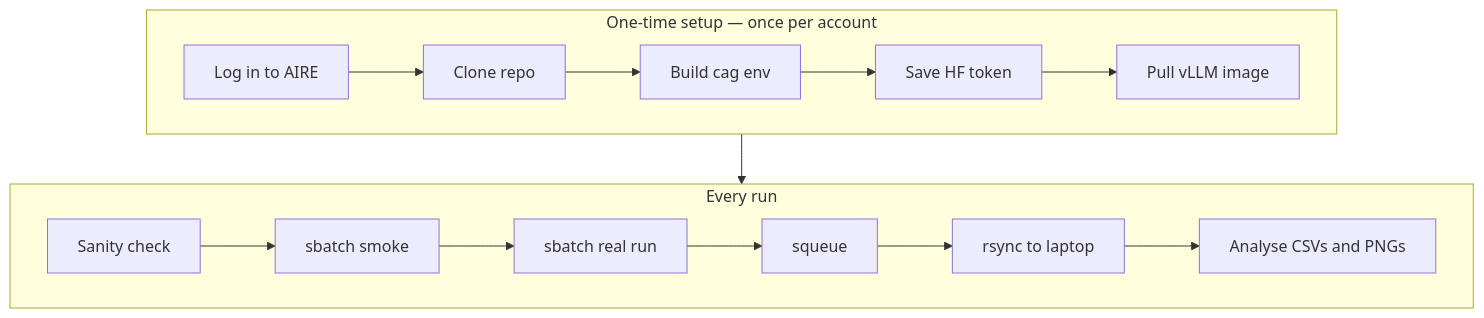
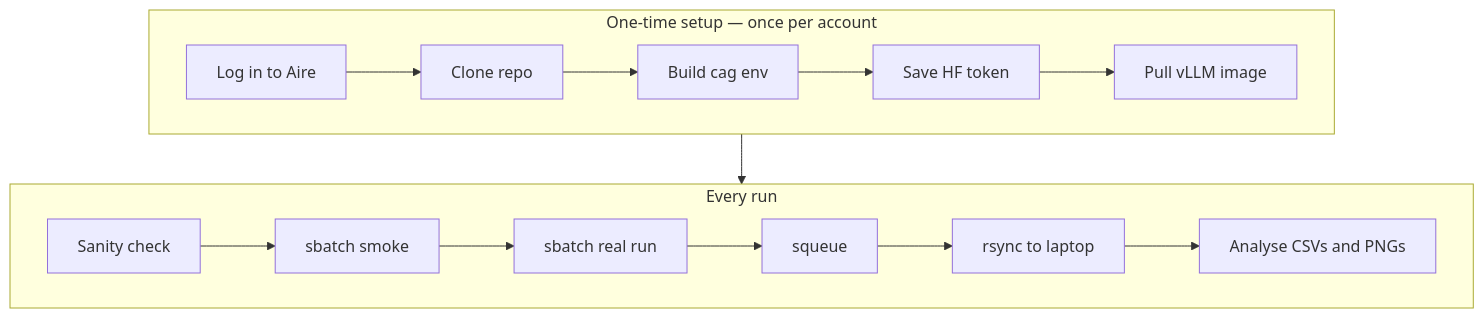
One commit to agdturner/Climate-Action-GABM changed the diagram in documentation/guides/AIRE_Quickstart.md. Above: the diagram before and after it, drawn with Mermaid. The commit also changed other lines of this file and 9 other files, not shown here.

````diff
--- a/documentation/guides/AIRE_Quickstart.md
+++ b/documentation/guides/AIRE_Quickstart.md
@@ -34,12 +50,12 @@
 ```mermaid
 flowchart TD
     subgraph ONE["One-time setup — once per account"]
         direction LR
-        S1[Log in to AIRE] --> S2[Clone repo] --> S3[Build cag env] --> S4[Save HF token] --> S5[Pull vLLM image]
+        S1[Log in to Aire] --> S2[Clone repo] --> S3[Build cag env] --> S4[Save HF token] --> S5[Pull vLLM image]
     end
     subgraph RUN["Every run"]
         direction LR
         R1[Sanity check] --> R2[sbatch smoke] --> R3[sbatch real run] --> R4[squeue] --> R5[rsync to laptop] --> R6[Analyse CSVs and PNGs]
     end
     ONE --> RUN
 ```
````
